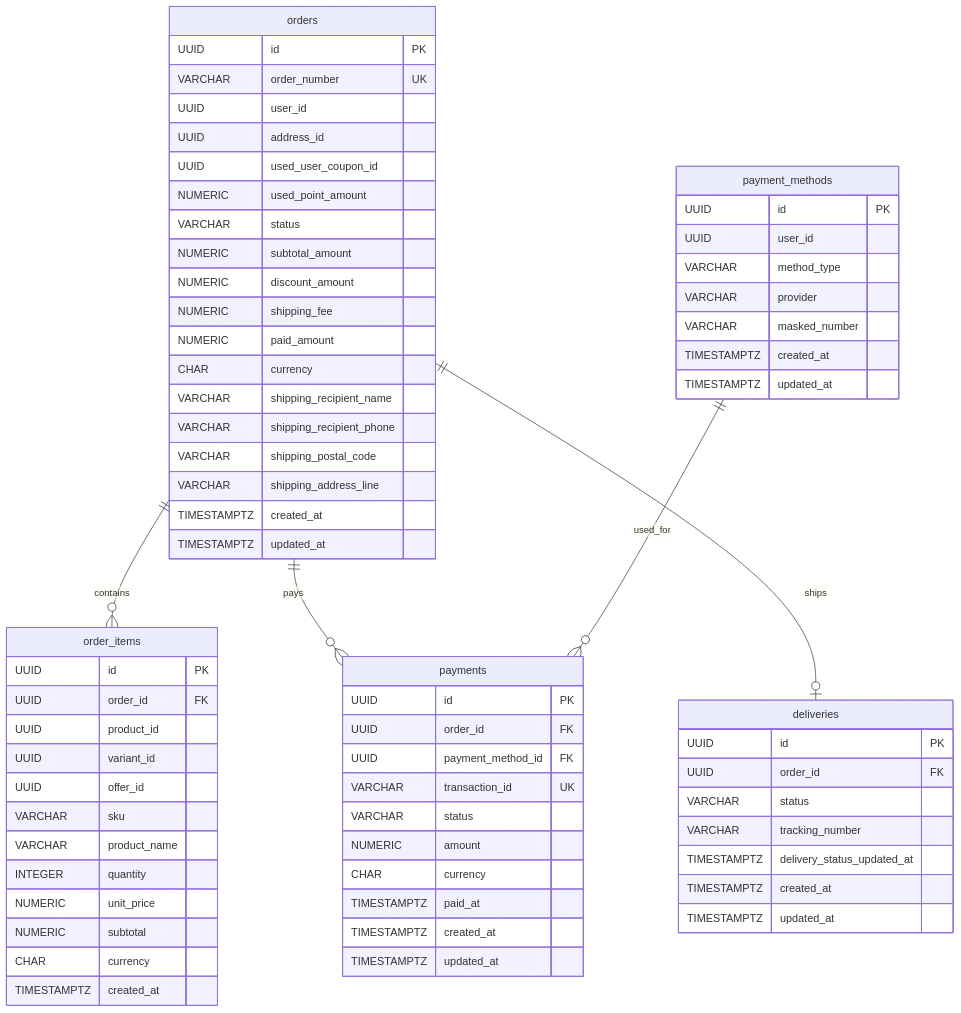
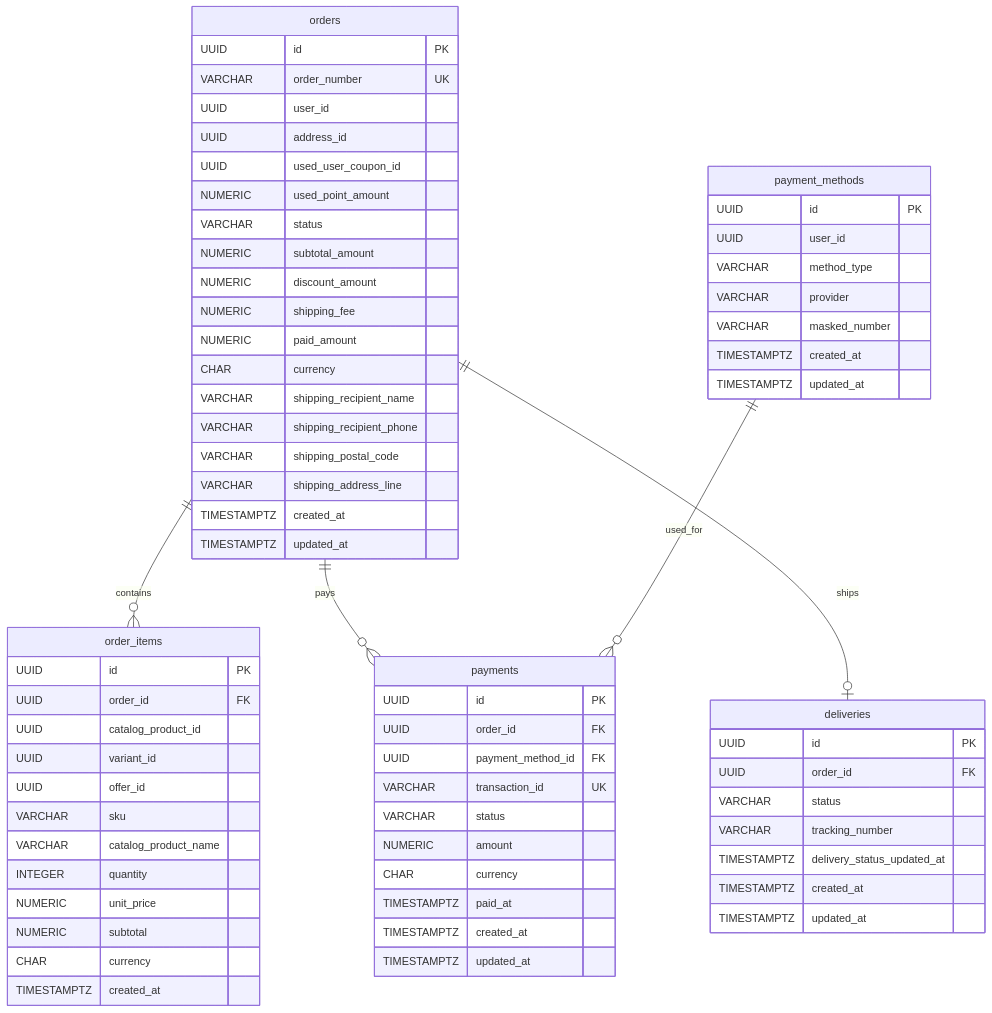
The fifth of 7 diagrams in README.md (metDaisy/e-commerce-clone-coding), drawn with Mermaid before and after one commit. The commit also changed other lines of this file and 12 other files, not shown here.

````diff
--- a/README.md
+++ b/README.md
@@ -264,72 +264,72 @@
 ```mermaid
 erDiagram
     orders {
         UUID id PK
         VARCHAR order_number UK
         UUID user_id
         UUID address_id
         UUID used_user_coupon_id
         NUMERIC used_point_amount
         VARCHAR status
         NUMERIC subtotal_amount
         NUMERIC discount_amount
         NUMERIC shipping_fee
         NUMERIC paid_amount
         CHAR currency
         VARCHAR shipping_recipient_name
         VARCHAR shipping_recipient_phone
         VARCHAR shipping_postal_code
         VARCHAR shipping_address_line
         TIMESTAMPTZ created_at
         TIMESTAMPTZ updated_at
     }
     order_items {
         UUID id PK
         UUID order_id FK
-        UUID product_id
+        UUID catalog_product_id
         UUID variant_id
         UUID offer_id
         VARCHAR sku
-        VARCHAR product_name
+        VARCHAR catalog_product_name
         INTEGER quantity
         NUMERIC unit_price
         NUMERIC subtotal
         CHAR currency
         TIMESTAMPTZ created_at
     }
     payment_methods {
         UUID id PK
         UUID user_id
         VARCHAR method_type
         VARCHAR provider
         VARCHAR masked_number
         TIMESTAMPTZ created_at
         TIMESTAMPTZ updated_at
     }
     payments {
         UUID id PK
         UUID order_id FK
         UUID payment_method_id FK
         VARCHAR transaction_id UK
         VARCHAR status
         NUMERIC amount
         CHAR currency
         TIMESTAMPTZ paid_at
         TIMESTAMPTZ created_at
         TIMESTAMPTZ updated_at
     }
     deliveries {
         UUID id PK
         UUID order_id FK
         VARCHAR status
         VARCHAR tracking_number
         TIMESTAMPTZ delivery_status_updated_at
         TIMESTAMPTZ created_at
         TIMESTAMPTZ updated_at
     }
 
     orders ||--o{ order_items : contains
     orders ||--o{ payments : pays
     payment_methods ||--o{ payments : used_for
     orders ||--o| deliveries : ships
 ```
````
